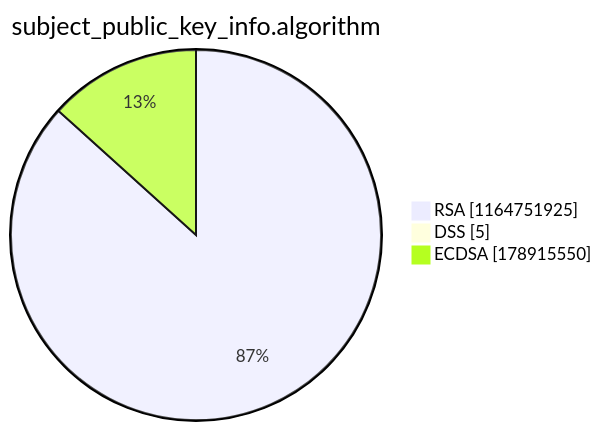
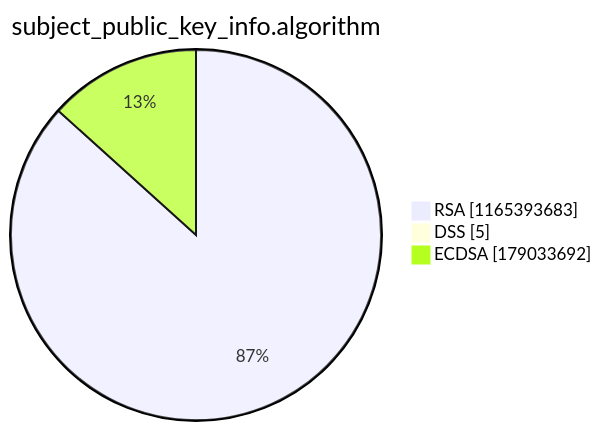
Before and after one commit to christiankrug/ctmonitor_visualization: the third of 15 diagrams in argon2022/README.md, drawn with Mermaid. The commit also changed other lines of this file, not shown here.

````diff
--- a/argon2022/README.md
+++ b/argon2022/README.md
@@ -14,7 +14,7 @@
 ```mermaid
 pie showData
 title subject_public_key_info.algorithm
-"RSA" :1164751925
+"RSA" :1165393683
 "DSS" :5
-"ECDSA" :178915550
+"ECDSA" :179033692
 ```
````
